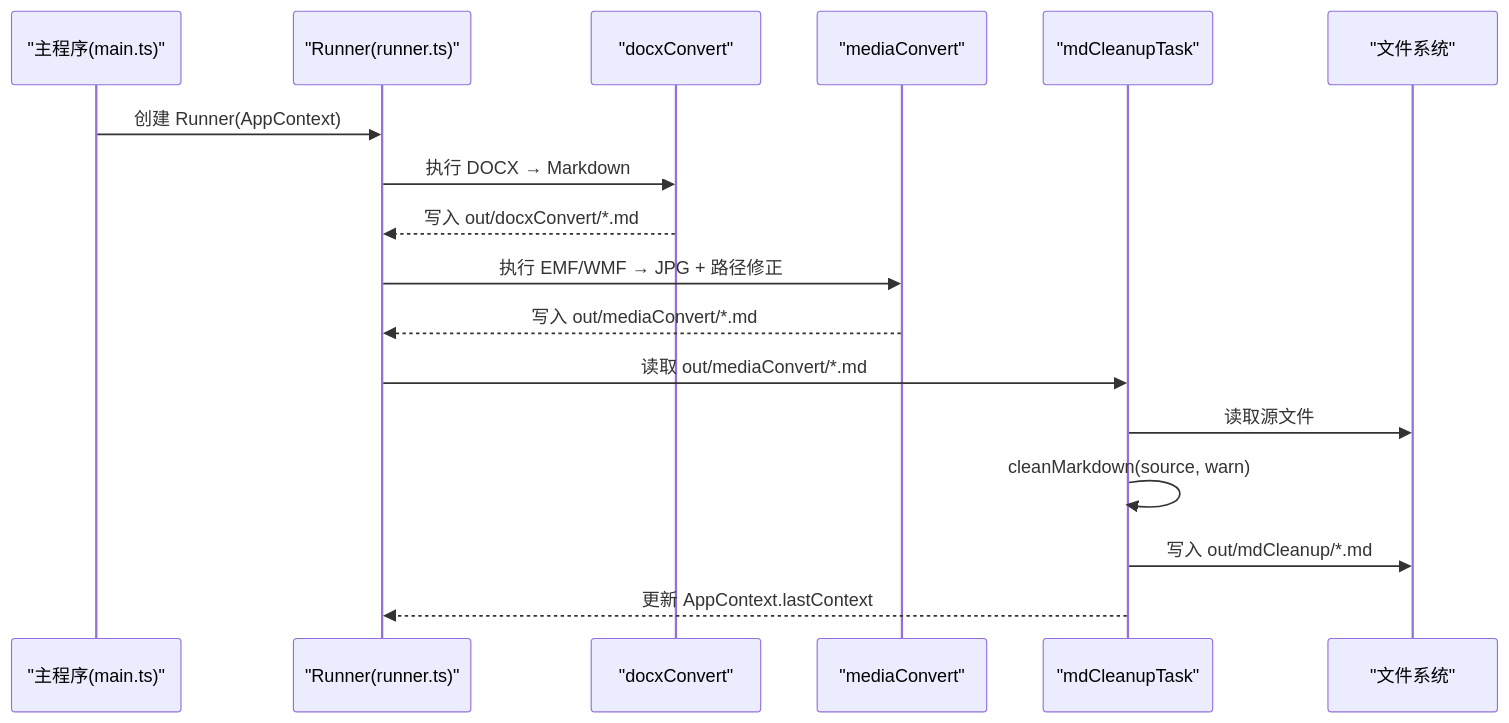
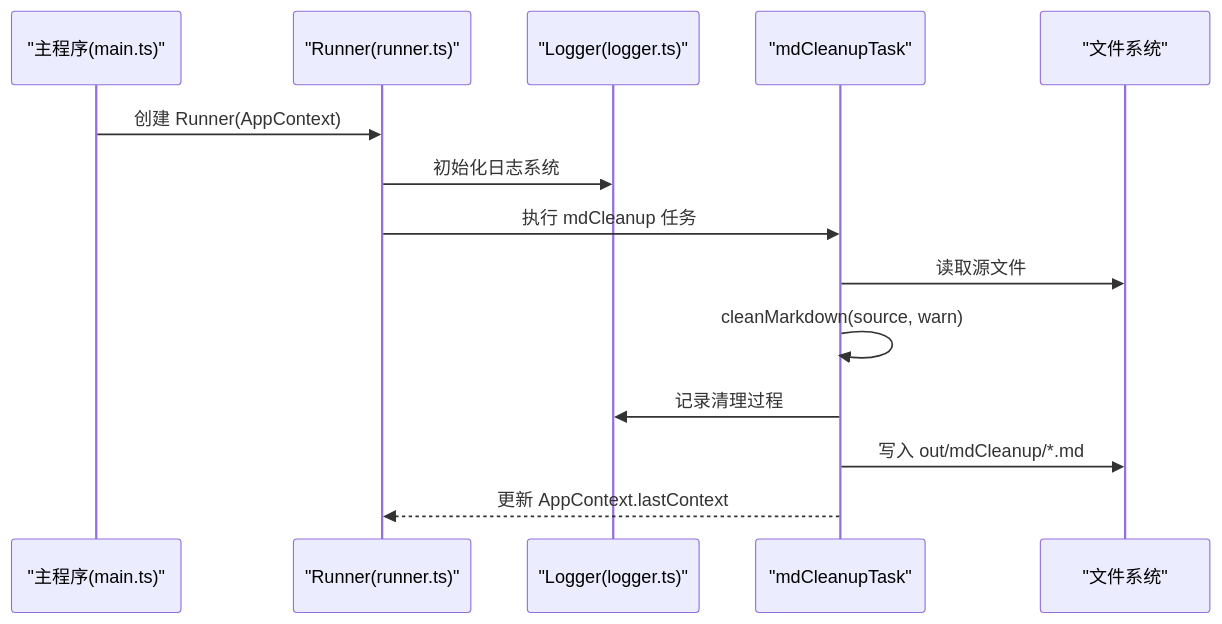
One commit to hllshiro/doc2md-cli changed the second of 4 diagrams in .qoder/repowiki/zh/content/转换模块详解/Markdown 内容清理模块.md. Above: the diagram before and after it, drawn with Mermaid. The commit also changed other lines of this file and 5 other files, not shown here.

````diff
--- a/.qoder/repowiki/zh/content/转换模块详解/Markdown 内容清理模块.md
+++ b/.qoder/repowiki/zh/content/转换模块详解/Markdown 内容清理模块.md
@@ -93,19 +102,16 @@
 ```mermaid
 sequenceDiagram
 participant Main as "主程序(main.ts)"
 participant Runner as "Runner(runner.ts)"
-participant Docx as "docxConvert"
-participant Media as "mediaConvert"
+participant Logger as "Logger(logger.ts)"
 participant Clean as "mdCleanupTask"
 participant FS as "文件系统"
 Main->>Runner : 创建 Runner(AppContext)
-Runner->>Docx : 执行 DOCX → Markdown
-Docx-->>Runner : 写入 out/docxConvert/*.md
-Runner->>Media : 执行 EMF/WMF → JPG + 路径修正
-Media-->>Runner : 写入 out/mediaConvert/*.md
-Runner->>Clean : 读取 out/mediaConvert/*.md
+Runner->>Logger : 初始化日志系统
+Runner->>Clean : 执行 mdCleanup 任务
 Clean->>FS : 读取源文件
 Clean->>Clean : cleanMarkdown(source, warn)
+Clean->>Logger : 记录清理过程
 Clean->>FS : 写入 out/mdCleanup/*.md
 Clean-->>Runner : 更新 AppContext.lastContext
 ```
````
